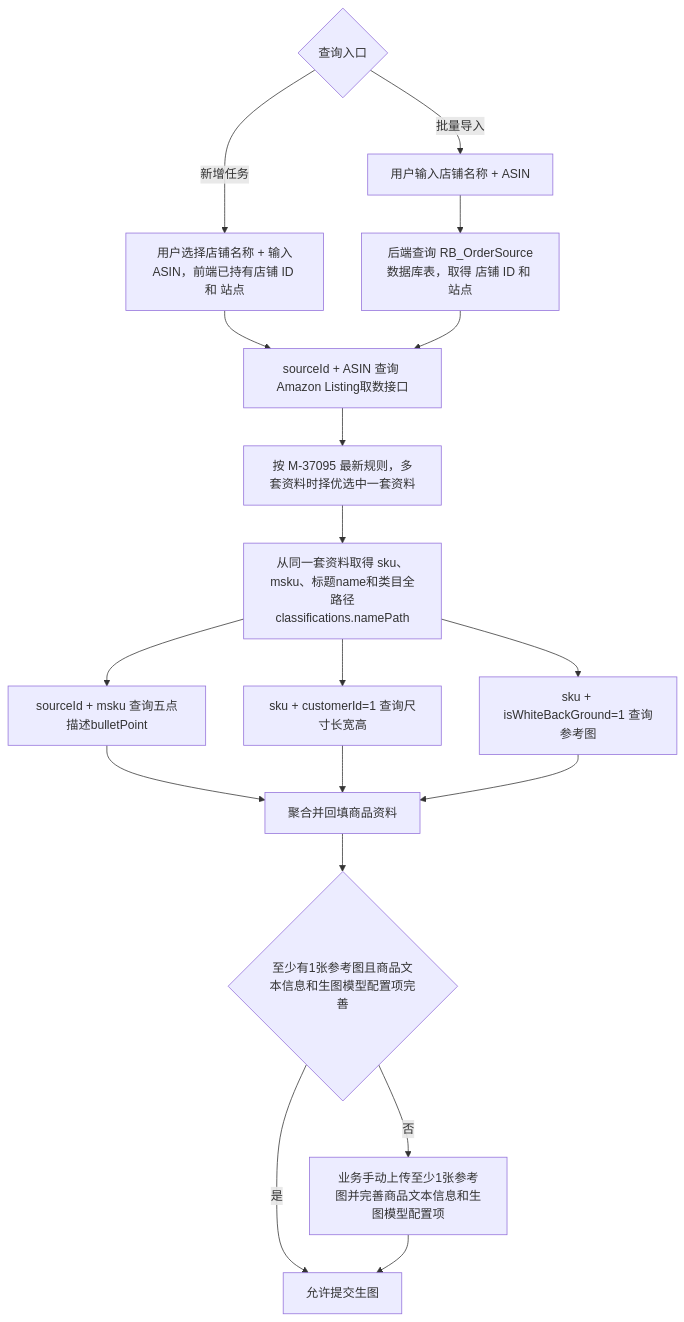
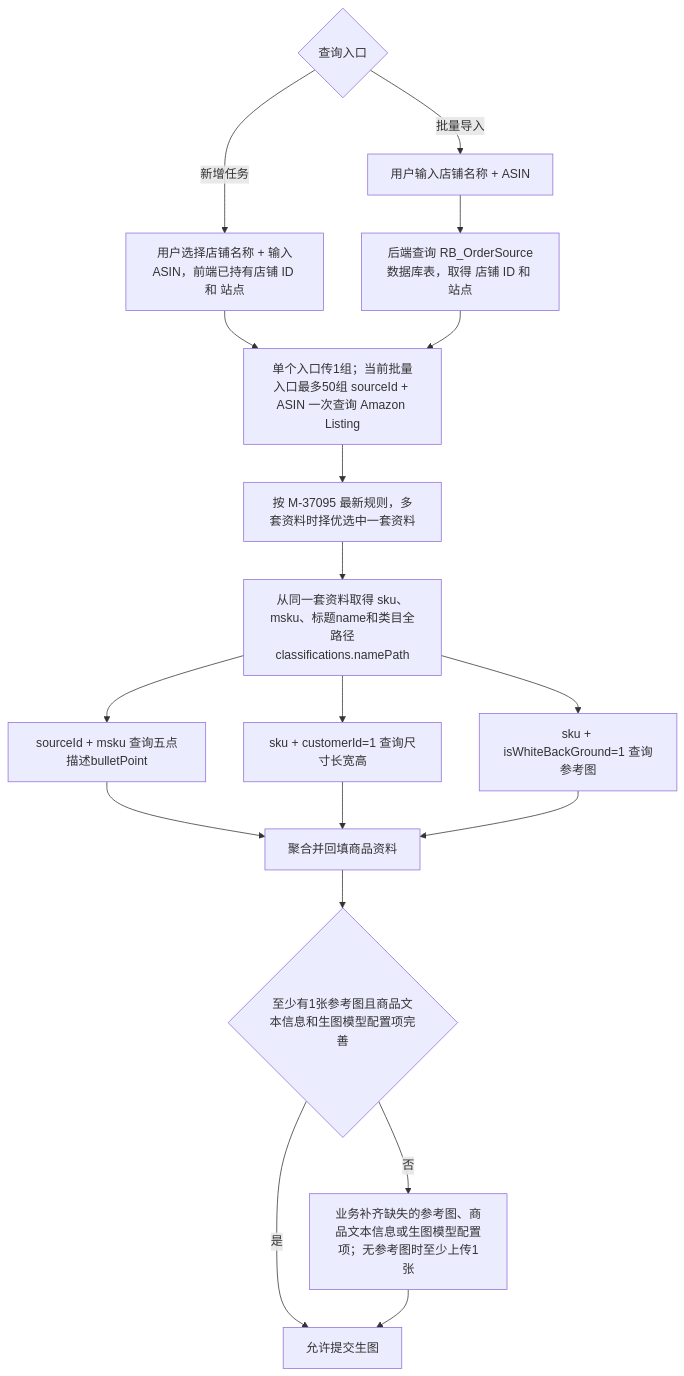
One commit to xuqiang97/ai-image-prd-hub changed the diagram in prd/2026-08/M-37095-store-asin-product-selection/docs/store-asin-data-retrieval-flow.md. Above: the diagram before and after it, drawn with Mermaid. The commit also changed other lines of this file and 1 other file, not shown here.

````diff
--- a/prd/2026-08/M-37095-store-asin-product-selection/docs/store-asin-data-retrieval-flow.md
+++ b/prd/2026-08/M-37095-store-asin-product-selection/docs/store-asin-data-retrieval-flow.md
@@ -28,21 +28,21 @@
 ```mermaid
 flowchart TD
     A{"查询入口"}
     A -->|"新增任务"| B["用户选择店铺名称 + 输入ASIN，前端已持有店铺 ID 和 站点"]
     A -->|"批量导入"| C["用户输入店铺名称 + ASIN"]
     C --> D["后端查询 RB_OrderSource数据库表，取得 店铺 ID 和 站点"]
-    B --> E["sourceId + ASIN 查询 Amazon Listing取数接口"]
+    B --> E["单个入口传1组；当前批量入口最多50组 sourceId + ASIN 一次查询 Amazon Listing"]
     D --> E
     E --> F["按 M-37095 最新规则，多套资料时择优选中一套资料"]
     F --> G["从同一套资料取得 sku、msku、标题name和类目全路径classifications.namePath"]
     G --> H["sourceId + msku 查询五点描述bulletPoint"]
     G --> I["sku + customerId=1 查询尺寸长宽高"]
     G --> J["sku + isWhiteBackGround=1 查询参考图"]
     H --> K["聚合并回填商品资料"]
     I --> K
     J --> K
     K --> L{"至少有1张参考图且商品文本信息和生图模型配置项完善"}
     L -->|"是"| M["允许提交生图"]
-    L -->|"否"| N["业务手动上传至少1张参考图并完善商品文本信息和生图模型配置项"]
+    L -->|"否"| N["业务补齐缺失的参考图、商品文本信息或生图模型配置项；无参考图时至少上传1张"]
     N --> M
 ```
````
